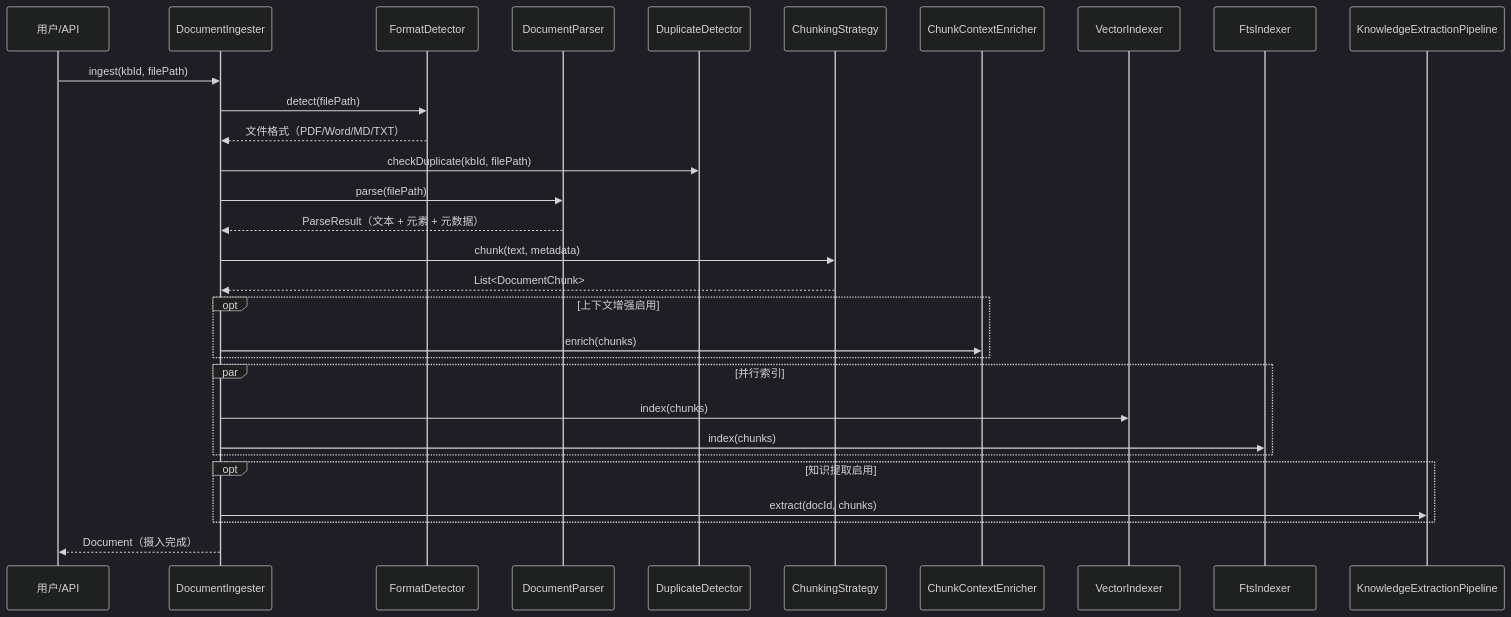
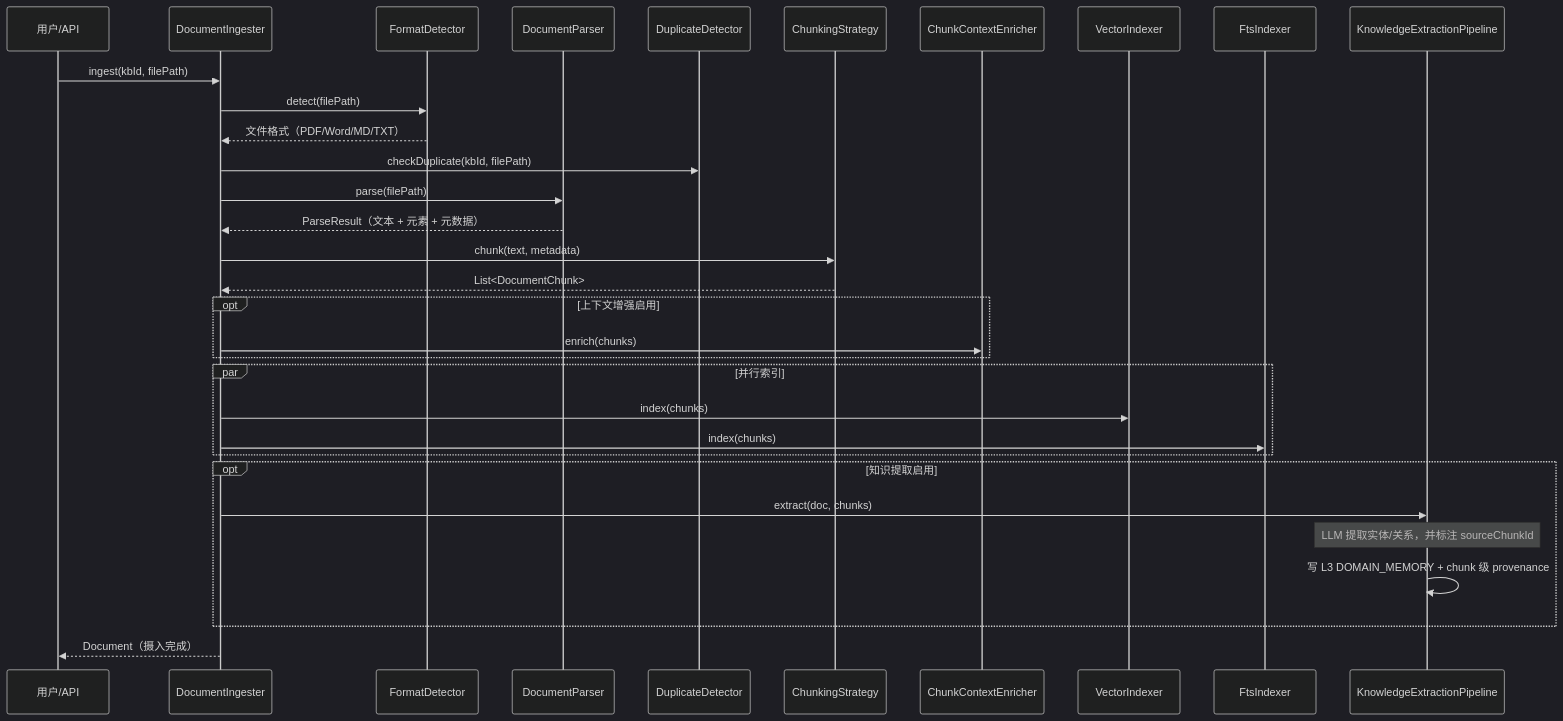
The second of 3 diagrams in docs/architecture/knowledge-base.md (ntygod/LifePilot), drawn with Mermaid (dark theme) before and after one commit. The commit also changed other lines of this file and 385 other files, not shown here.

````diff
--- a/docs/architecture/knowledge-base.md
+++ b/docs/architecture/knowledge-base.md
@@ -279,37 +275,39 @@
 ```mermaid
 sequenceDiagram
     participant U as 用户/API
     participant DI as DocumentIngester
     participant FD as FormatDetector
     participant DP as DocumentParser
     participant DD as DuplicateDetector
     participant CS as ChunkingStrategy
     participant CE as ChunkContextEnricher
     participant VI as VectorIndexer
     participant FI as FtsIndexer
     participant KEP as KnowledgeExtractionPipeline
 
     U->>DI: ingest(kbId, filePath)
     DI->>FD: detect(filePath)
     FD-->>DI: 文件格式（PDF/Word/MD/TXT）
     DI->>DD: checkDuplicate(kbId, filePath)
     DI->>DP: parse(filePath)
     DP-->>DI: ParseResult（文本 + 元素 + 元数据）
     DI->>CS: chunk(text, metadata)
     CS-->>DI: List<DocumentChunk>
 
     opt 上下文增强启用
         DI->>CE: enrich(chunks)
     end
 
     par 并行索引
         DI->>VI: index(chunks)
         DI->>FI: index(chunks)
     end
 
     opt 知识提取启用
-        DI->>KEP: extract(docId, chunks)
+        DI->>KEP: extract(doc, chunks)
+        Note over KEP: LLM 提取实体/关系，并标注 sourceChunkId
+        KEP->>KEP: 写 L3 DOMAIN_MEMORY + chunk 级 provenance
     end
 
     DI-->>U: Document（摄入完成）
 ```
````
